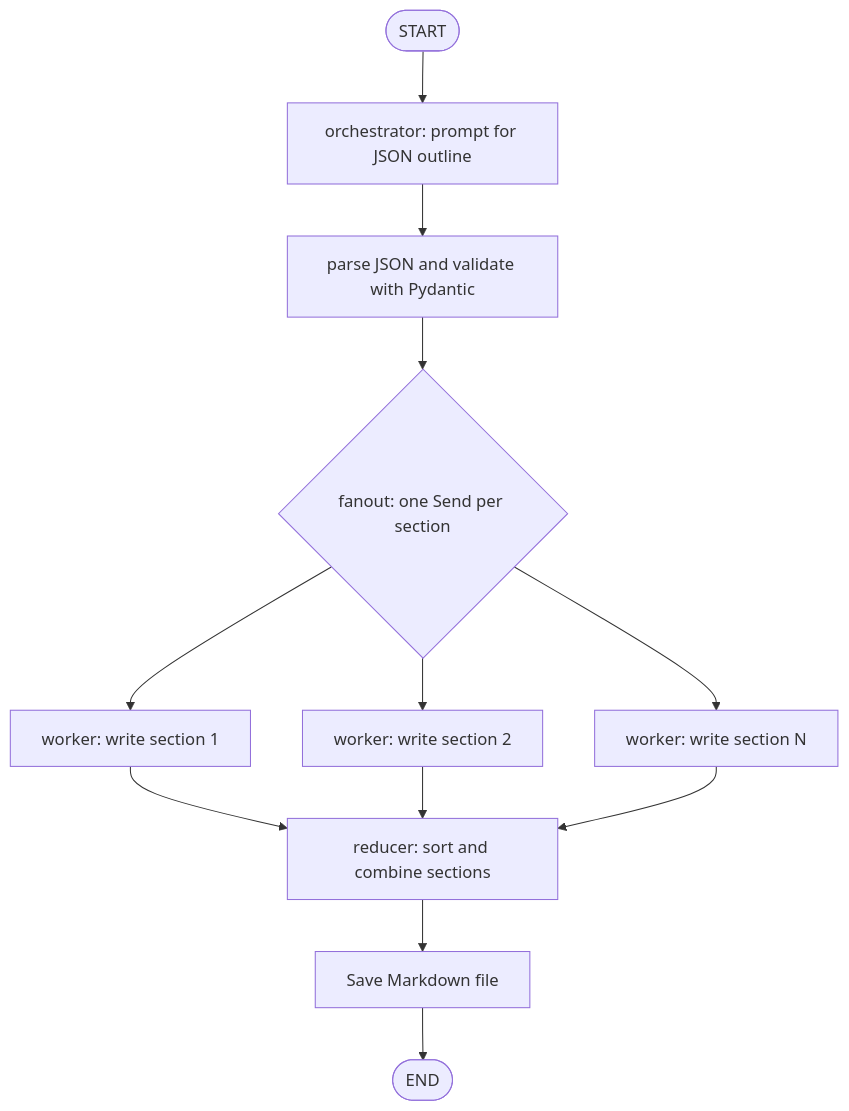
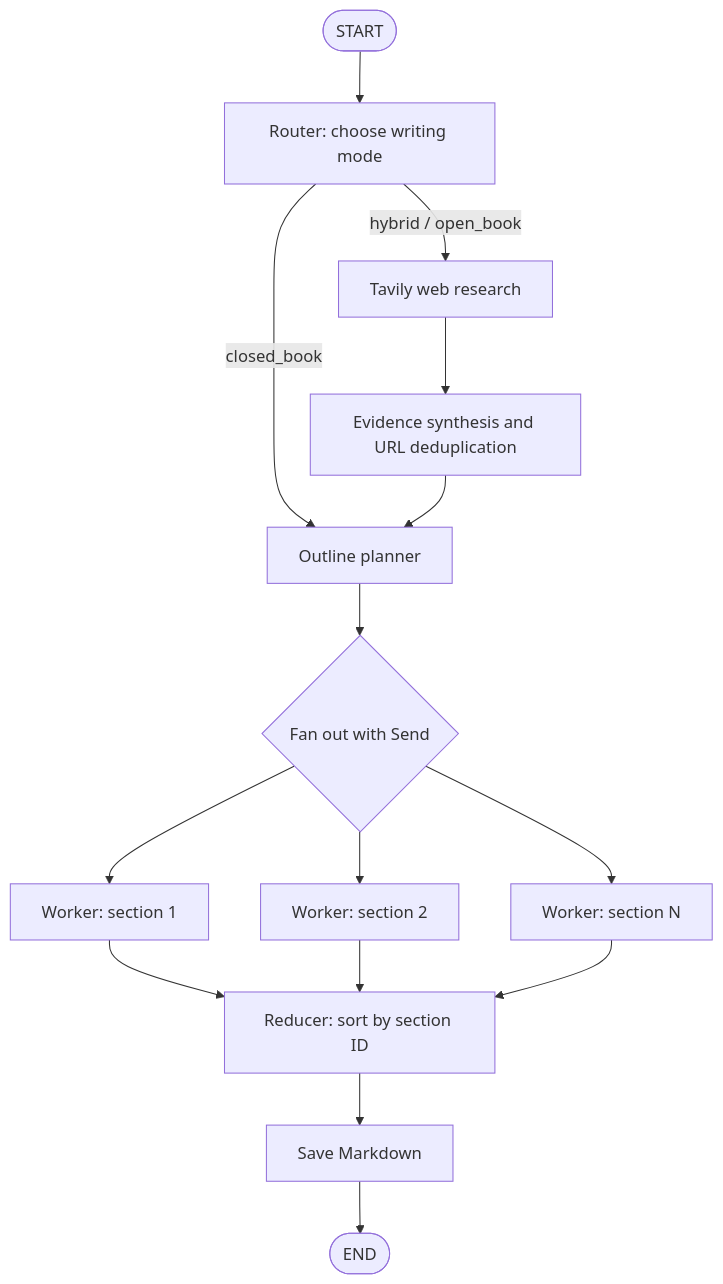
One commit to piyushsh19/langgraph-learning changed the diagram in BlogGenerator/README.md. Above: the diagram before and after it, drawn with Mermaid. The commit also changed other lines of this file, not shown here.

````diff
--- a/BlogGenerator/README.md
+++ b/BlogGenerator/README.md
@@ -14,14 +16,17 @@
 ```mermaid
 flowchart TD
-    A([START]) --> B[orchestrator: prompt for JSON outline]
-    B --> C[parse JSON and validate with Pydantic]
-    C --> D{fanout: one Send per section}
-    D --> W1[worker: write section 1]
-    D --> W2[worker: write section 2]
-    D --> WN[worker: write section N]
-    W1 --> R[reducer: sort and combine sections]
+    A([START]) --> B[Router: choose writing mode]
+    B -->|closed_book| C[Outline planner]
+    B -->|hybrid / open_book| D[Tavily web research]
+    D --> E[Evidence synthesis and URL deduplication]
+    E --> C
+    C --> F{Fan out with Send}
+    F --> W1[Worker: section 1]
+    F --> W2[Worker: section 2]
+    F --> WN[Worker: section N]
+    W1 --> R[Reducer: sort by section ID]
     W2 --> R
     WN --> R
-    R --> S[Save Markdown file]
-    S --> E([END])
+    R --> S[Save Markdown]
+    S --> Z([END])
 ```
````
